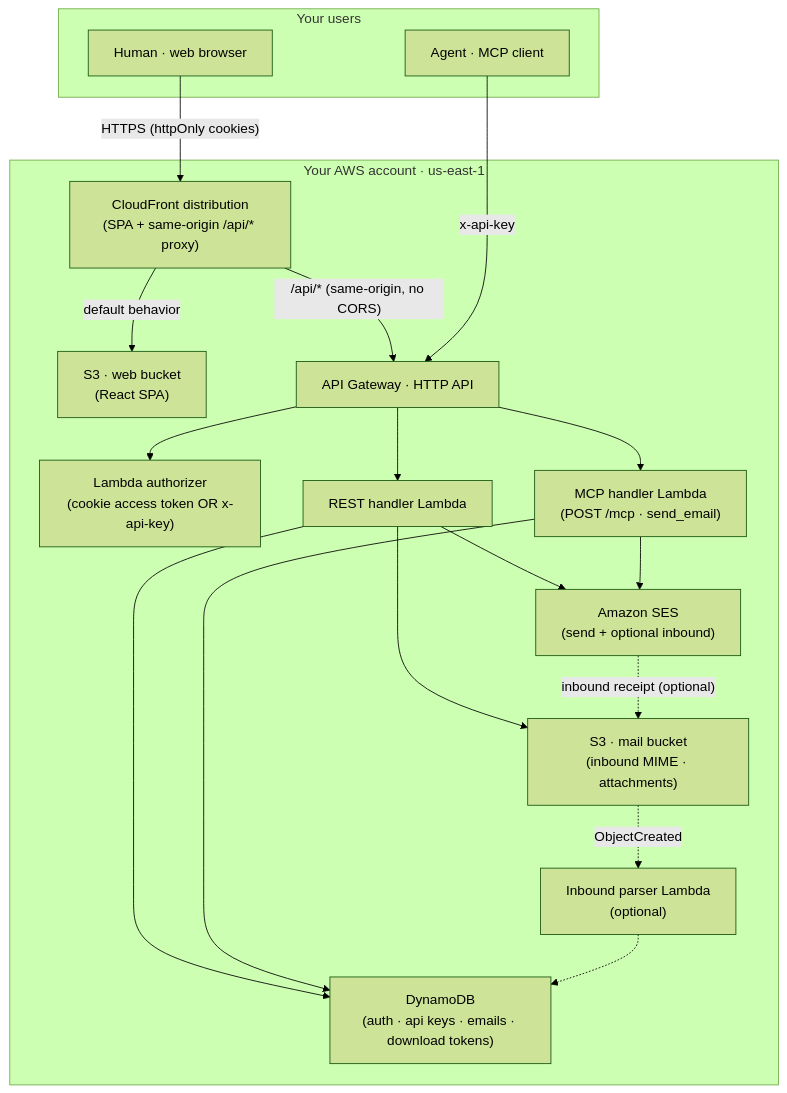
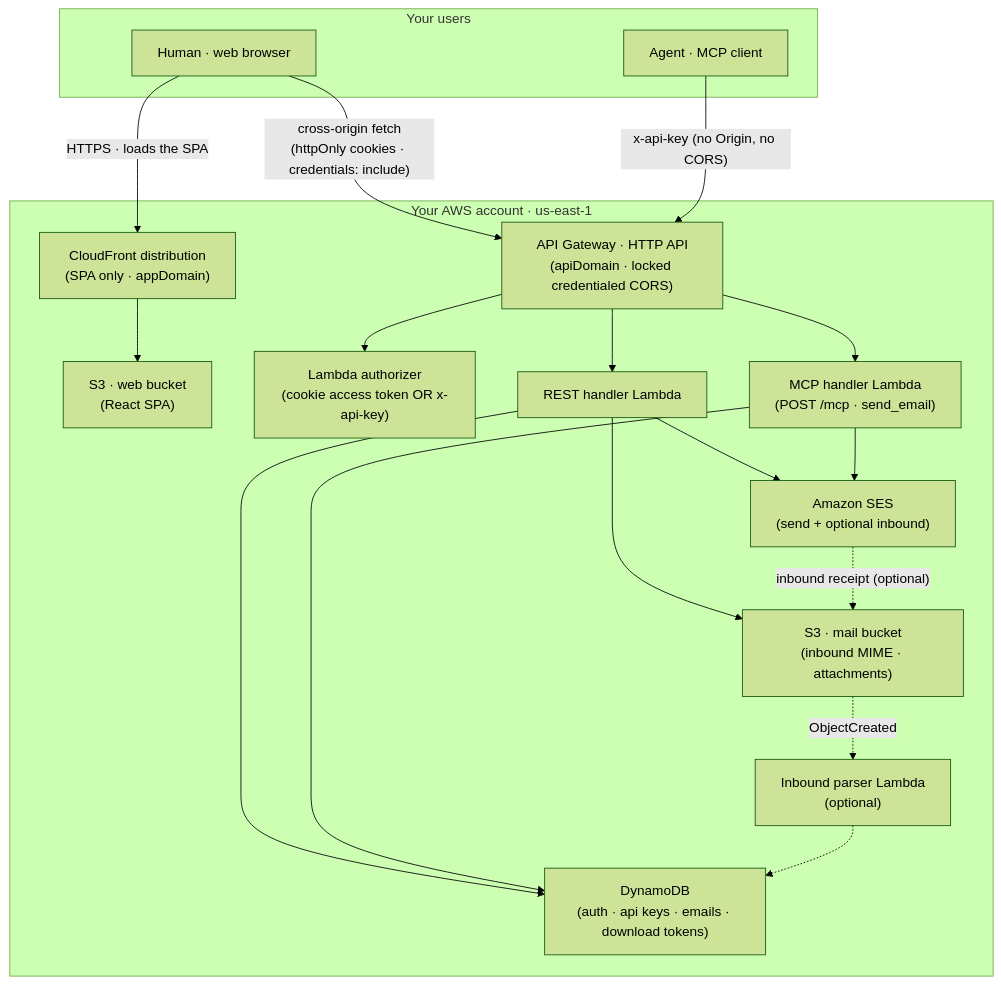
Before and after one commit to Nan0416/FreeMail: the diagram in README.md, drawn with Mermaid (forest theme). The commit also changed other lines of this file and 28 other files, not shown here.

````diff
--- a/README.md
+++ b/README.md
@@ -15,38 +15,38 @@
 ```mermaid
 flowchart TB
     subgraph User["Your users"]
         Browser["Human · web browser"]
         Agent["Agent · MCP client"]
     end
 
     subgraph AWS["Your AWS account · us-east-1"]
-        CF["CloudFront distribution<br/>(SPA + same-origin /api/* proxy)"]
+        CF["CloudFront distribution<br/>(SPA only · appDomain)"]
         S3web["S3 · web bucket<br/>(React SPA)"]
-        API["API Gateway · HTTP API"]
+        API["API Gateway · HTTP API<br/>(apiDomain · locked credentialed CORS)"]
         Authz["Lambda authorizer<br/>(cookie access token OR x-api-key)"]
         Rest["REST handler Lambda"]
         Mcp["MCP handler Lambda<br/>(POST /mcp · send_email)"]
         SES["Amazon SES<br/>(send + optional inbound)"]
         DDB["DynamoDB<br/>(auth · api keys · emails · download tokens)"]
         S3mail["S3 · mail bucket<br/>(inbound MIME · attachments)"]
         Parse["Inbound parser Lambda<br/>(optional)"]
     end
 
-    Browser -->|"HTTPS (httpOnly cookies)"| CF
-    CF -->|"default behavior"| S3web
-    CF -->|"/api/* (same-origin, no CORS)"| API
-    Agent -->|"x-api-key"| API
+    Browser -->|"HTTPS · loads the SPA"| CF
+    CF --> S3web
+    Browser -->|"cross-origin fetch<br/>(httpOnly cookies · credentials: include)"| API
+    Agent -->|"x-api-key (no Origin, no CORS)"| API
 
     API --> Authz
     API --> Rest
     API --> Mcp
     Rest --> SES
     Rest --> DDB
     Rest --> S3mail
     Mcp --> SES
     Mcp --> DDB
 
     SES -.->|"inbound receipt (optional)"| S3mail
     S3mail -.->|"ObjectCreated"| Parse
     Parse -.-> DDB
 ```
````
